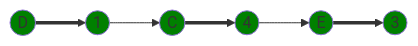
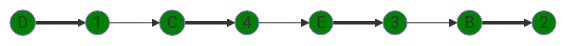
The fourth of 4 diagrams in Задание 8/girls.md (algos-ris-24-3/manual-tasks), drawn with Mermaid before and after one commit. The commit also changed other lines of this file, not shown here.

Commit message:
girls.md

````diff
--- a/Задание 8/girls.md
+++ b/Задание 8/girls.md
@@ -145,18 +146,22 @@
 ```mermaid
 graph LR
     E((E))
+    B((B))
     C((C))
     D((D))
     1((1))
+    2((2))
     3((3))
     4((4))
 
-    D ==> 1 --> C ==> 4 --> E ==> 3
+    D ==> 1 --> C ==> 4 --> E ==> 3 --> B ==> 2
     
     style E fill:#008000
+    style B fill:#008000
     style C fill:#008000
     style D fill:#008000
     style 4 fill:#008000
     style 1 fill:#008000
+    style 2 fill:#008000
     style 3 fill:#008000
 ```
````
